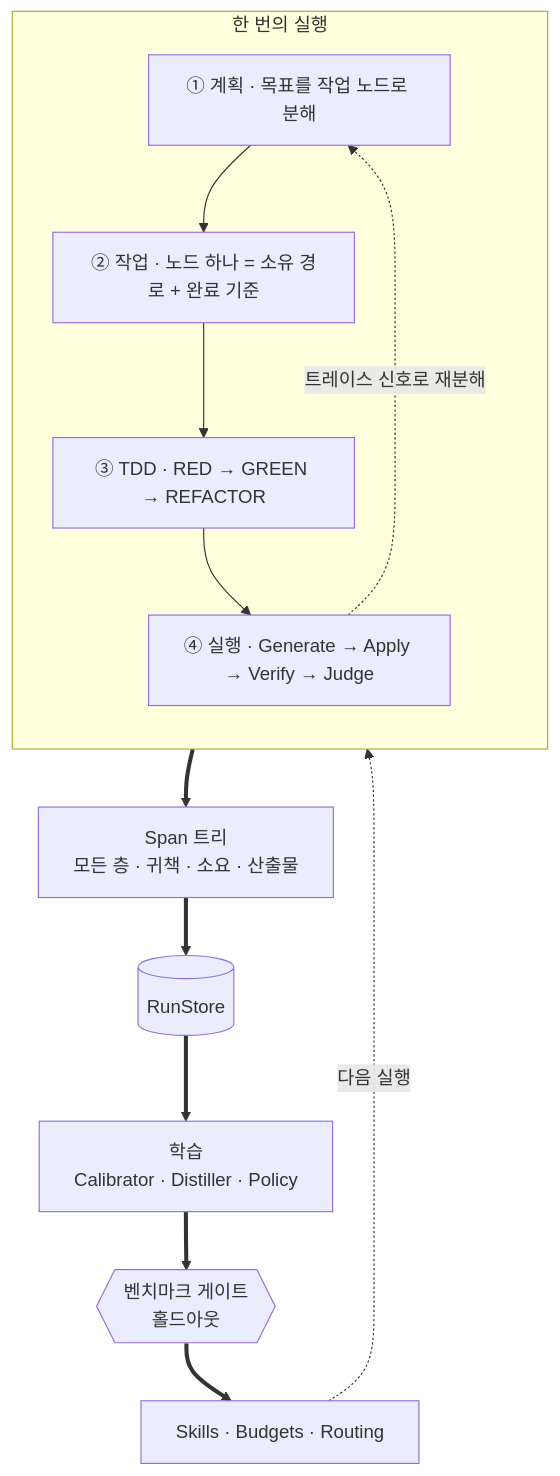
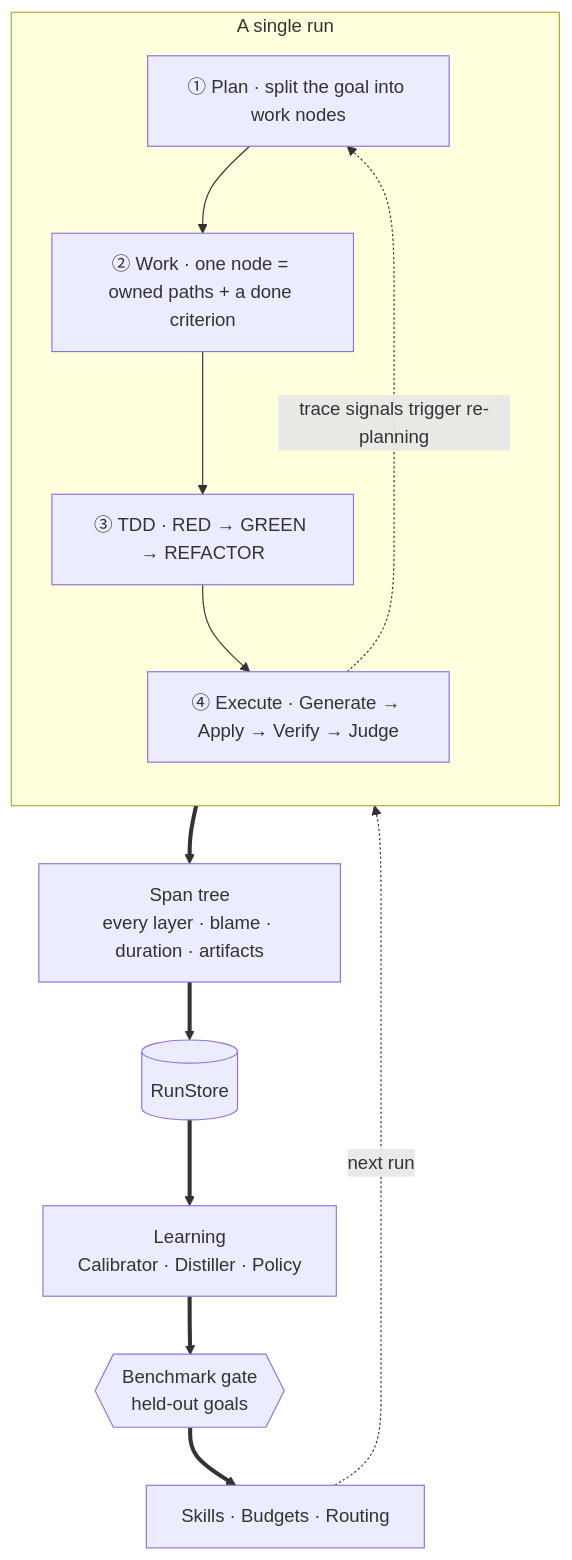
Before and after one commit to SeoBYP/GameDev-AgentLoop: the first of 11 diagrams in docs/ARCHITECTURE.md, drawn with Mermaid. The commit also changed other lines of this file and 21 other files, not shown here.

First line of the commit message:
오픈소스화 3단계 — 런타임 출력 영어 통일 + ARCHITECTURE 영어판

````diff
--- a/docs/ARCHITECTURE.md
+++ b/docs/ARCHITECTURE.md
@@ -28,19 +31,19 @@
 ```mermaid
 flowchart TB
-    subgraph RUN["한 번의 실행"]
+    subgraph RUN["A single run"]
         direction TB
-        PL["① 계획 · 목표를 작업 노드로 분해"]
-        WK["② 작업 · 노드 하나 = 소유 경로 + 완료 기준"]
+        PL["① Plan · split the goal into work nodes"]
+        WK["② Work · one node = owned paths + a done criterion"]
         TD["③ TDD · RED → GREEN → REFACTOR"]
-        EG["④ 실행 · Generate → Apply → Verify → Judge"]
+        EG["④ Execute · Generate → Apply → Verify → Judge"]
         PL --> WK --> TD --> EG
-        EG -.->|"트레이스 신호로 재분해"| PL
+        EG -.->|"trace signals trigger re-planning"| PL
     end
 
-    RUN ==> TRC["Span 트리<br/>모든 층 · 귀책 · 소요 · 산출물"]
+    RUN ==> TRC["Span tree<br/>every layer · blame · duration · artifacts"]
     TRC ==> STO[("RunStore")]
-    STO ==> LRN["학습<br/>Calibrator · Distiller · Policy"]
-    LRN ==> BM{{"벤치마크 게이트<br/>홀드아웃"}}
+    STO ==> LRN["Learning<br/>Calibrator · Distiller · Policy"]
+    LRN ==> BM{{"Benchmark gate<br/>held-out goals"}}
     BM ==> INJ["Skills · Budgets · Routing"]
-    INJ -.->|"다음 실행"| RUN
+    INJ -.->|"next run"| RUN
 ```
````
